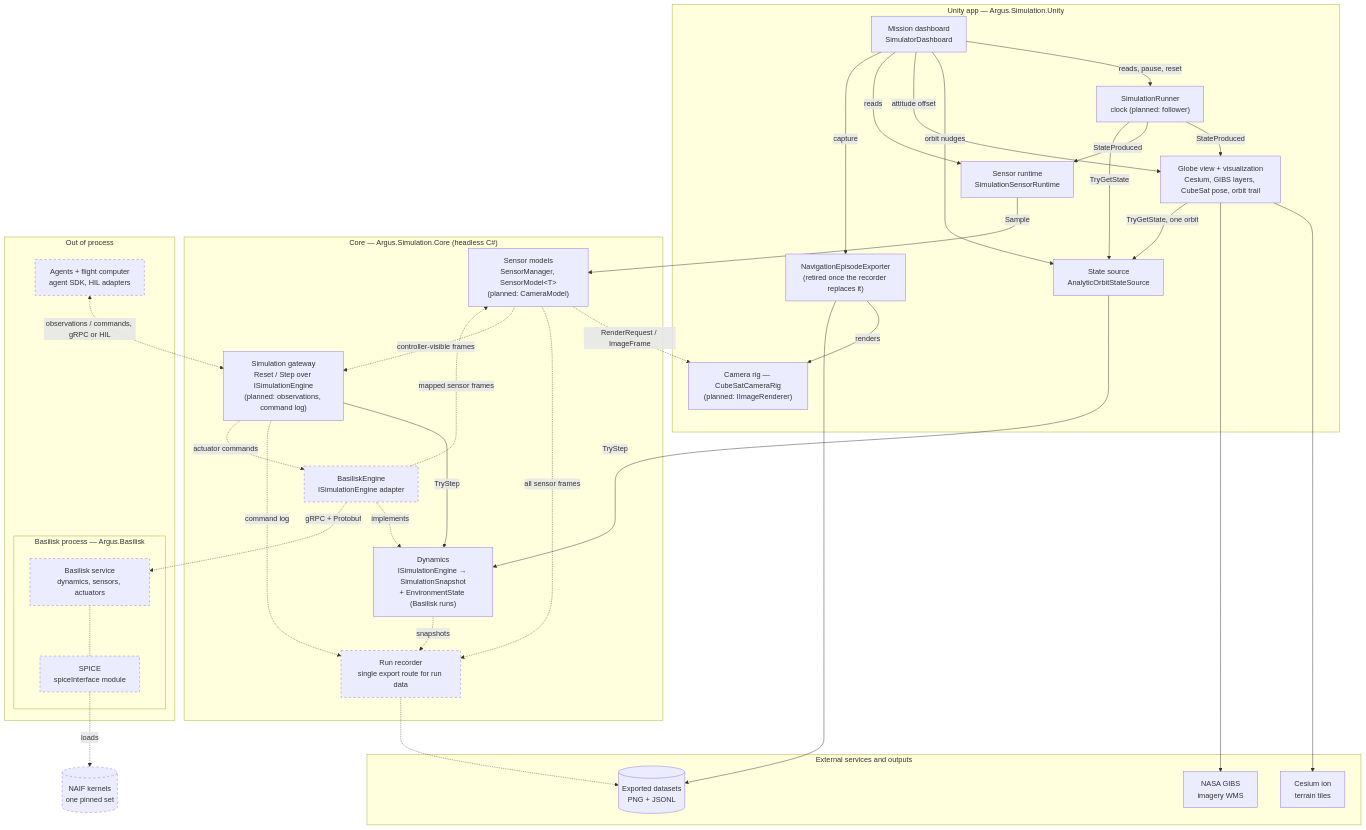
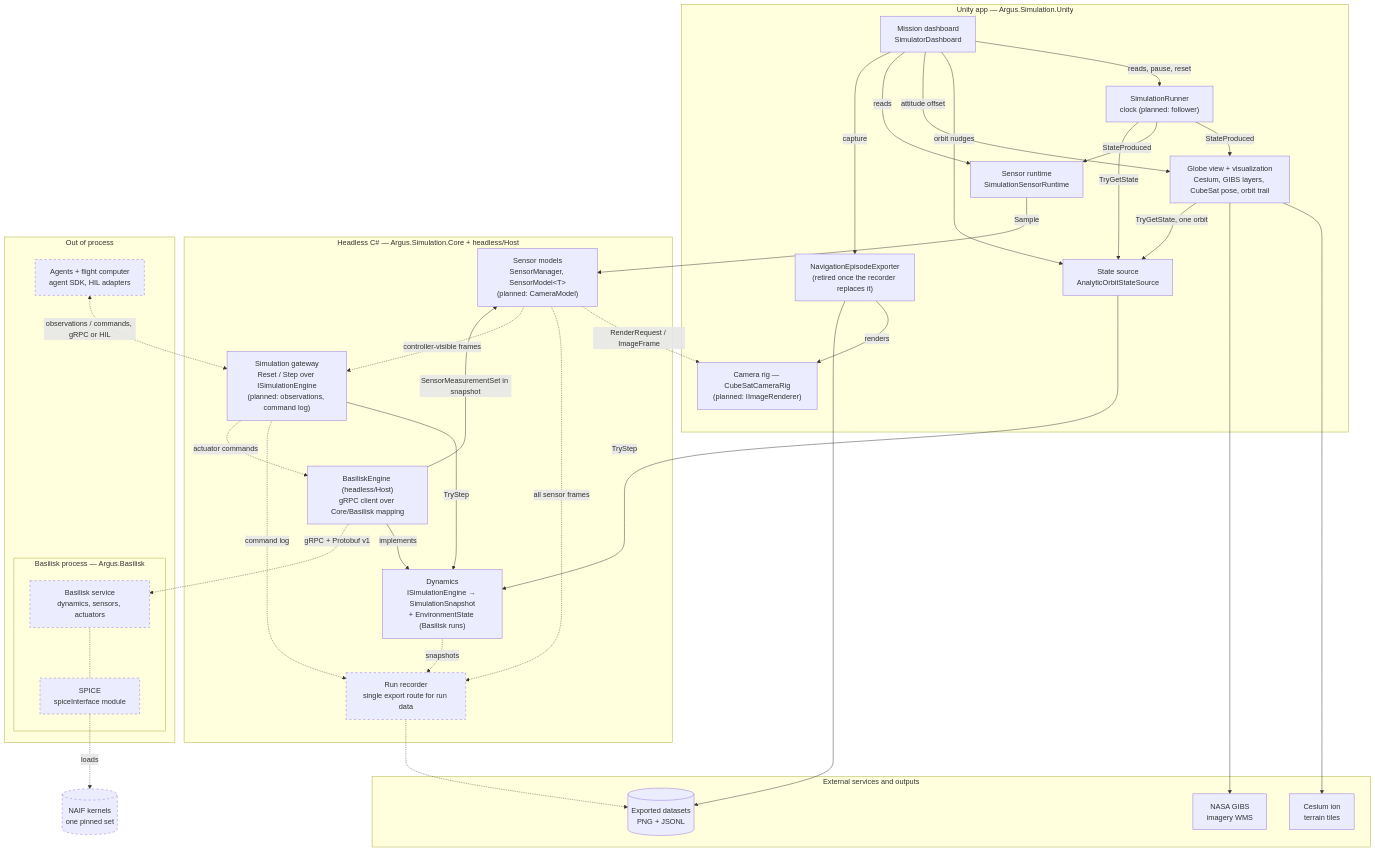
One commit to cmu-argus-2/argus_simulation changed the first of 2 diagrams in docs/target-architecture.md. Above: the diagram before and after it, drawn with Mermaid. The commit also changed other lines of this file and 9 other files, not shown here.

First line of the commit message:
feat(host): add headless host with BasiliskEngine gRPC client over the v1 contracts

````diff
--- a/docs/target-architecture.md
+++ b/docs/target-architecture.md
@@ -20,70 +20,70 @@
 ```mermaid
 flowchart TB
     subgraph EXT["External services and outputs"]
         ion["Cesium ion<br/>terrain tiles"]
         gibs["NASA GIBS<br/>imagery WMS"]
         data[("Exported datasets<br/>PNG + JSONL")]
     end
 
     subgraph UNITY["Unity app — Argus.Simulation.Unity"]
         globe["Globe view + visualization<br/>Cesium, GIBS layers, CubeSat pose, orbit trail"]
         camr["Camera rig — CubeSatCameraRig<br/>(planned: IImageRenderer)"]
         runner["SimulationRunner<br/>clock (planned: follower)"]
         src["State source<br/>AnalyticOrbitStateSource"]
         sens["Sensor runtime<br/>SimulationSensorRuntime"]
         dash["Mission dashboard<br/>SimulatorDashboard"]
         exporter["NavigationEpisodeExporter<br/>(retired once the recorder replaces it)"]
     end
 
-    subgraph CORE["Core — Argus.Simulation.Core (headless C#)"]
+    subgraph CORE["Headless C# — Argus.Simulation.Core + headless/Host"]
         dyn["Dynamics<br/>ISimulationEngine → SimulationSnapshot<br/>+ EnvironmentState (Basilisk runs)"]
         smod["Sensor models<br/>SensorManager, SensorModel&lt;T&gt;<br/>(planned: CameraModel)"]
         gate["Simulation gateway<br/>Reset / Step over ISimulationEngine<br/>(planned: observations, command log)"]
-        beng["BasiliskEngine<br/>ISimulationEngine adapter"]
+        beng["BasiliskEngine (headless/Host)<br/>gRPC client over Core/Basilisk mapping"]
         rec["Run recorder<br/>single export route for run data"]
     end
 
     subgraph OOP["Out of process"]
         subgraph BSKP["Basilisk process — Argus.Basilisk"]
             bsk["Basilisk service<br/>dynamics, sensors, actuators"]
             spice["SPICE<br/>spiceInterface module"]
         end
         agents["Agents + flight computer<br/>agent SDK, HIL adapters"]
     end
 
     naif[("NAIF kernels<br/>one pinned set")]
 
     globe --> ion
     globe --> gibs
     runner -->|StateProduced| globe
     runner -->|StateProduced| sens
     runner -->|TryGetState| src
     globe -->|TryGetState, one orbit| src
     dash -->|reads, pause, reset| runner
     dash -->|orbit nudges| src
     dash -->|attitude offset| globe
     dash -->|reads| sens
     dash -->|capture| exporter
     src -->|TryStep| dyn
     sens -->|Sample| smod
     gate -->|TryStep| dyn
     exporter -->|renders| camr
     exporter --> data
 
     smod -.->|RenderRequest / ImageFrame| camr
-    beng -.->|implements| dyn
-    beng -.->|mapped sensor frames| smod
-    beng -.->|gRPC + Protobuf| bsk
+    beng -->|implements| dyn
+    beng -->|SensorMeasurementSet in snapshot| smod
+    beng -.->|gRPC + Protobuf v1| bsk
     bsk -.- spice
     spice -.->|loads| naif
     dyn -.->|snapshots| rec
     smod -.->|all sensor frames| rec
     smod -.->|controller-visible frames| gate
     gate -.->|command log| rec
     gate -.->|actuator commands| beng
     agents <-.->|observations / commands, gRPC or HIL| gate
     rec -.-> data
 
     classDef planned stroke-dasharray: 5 5
-    class beng,rec,bsk,spice,agents,naif planned
+    class rec,bsk,spice,agents,naif planned
 ```
````
